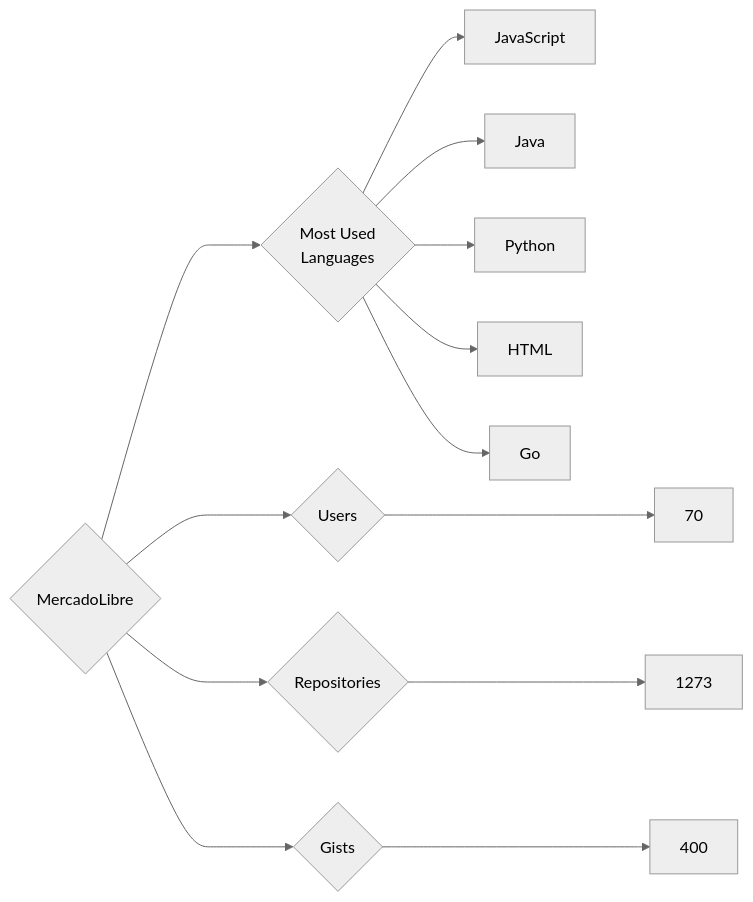
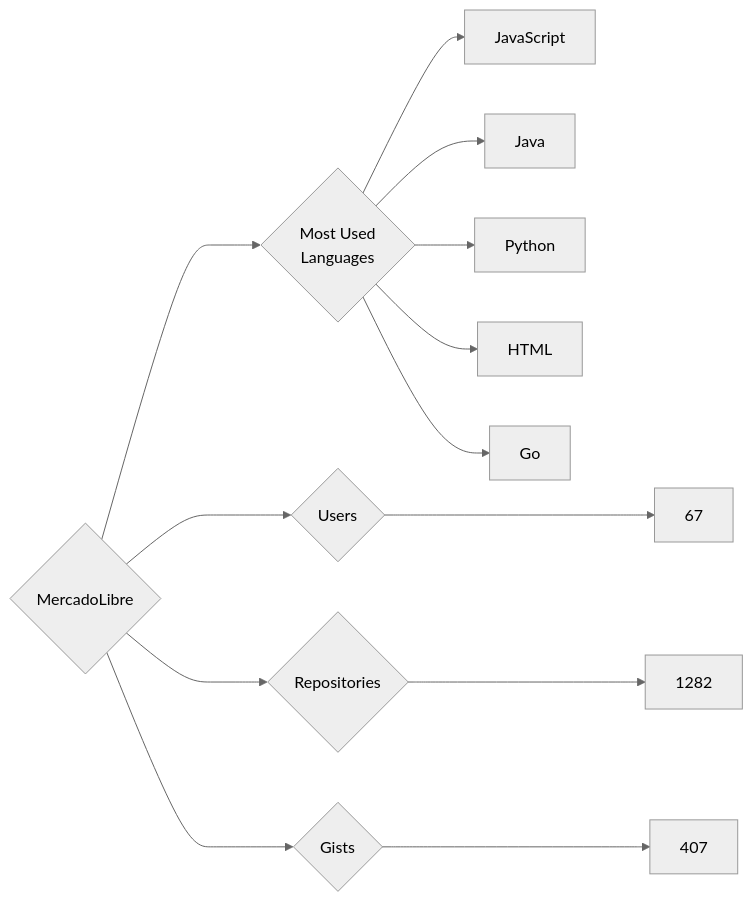
Before and after one commit to trickest/insiders: the diagram in targets/MercadoLibre/README.md, drawn with Mermaid (neutral theme). The commit also changed 871 other files, not shown here.

````diff
--- a/targets/MercadoLibre/README.md
+++ b/targets/MercadoLibre/README.md
@@ -3,13 +3,13 @@
 ```mermaid
 graph LR
 COMPANY_NAME{MercadoLibre}
-COMPANY_NAME ---> U{Users} ---> UN[70]
-COMPANY_NAME ---> R{Repositories} ---> RN[1273]
-COMPANY_NAME ---> G{Gists} ---> GN[400]
+COMPANY_NAME ---> U{Users} ---> UN[67]
+COMPANY_NAME ---> R{Repositories} ---> RN[1282]
+COMPANY_NAME ---> G{Gists} ---> GN[407]
 COMPANY_NAME ---> ML{Most Used<br>Languages}
 ML --> JavaScript[JavaScript]
 ML --> Java[Java]
 ML --> Python[Python]
 ML --> HTML[HTML]
 ML --> Go[Go]
 ```
````
